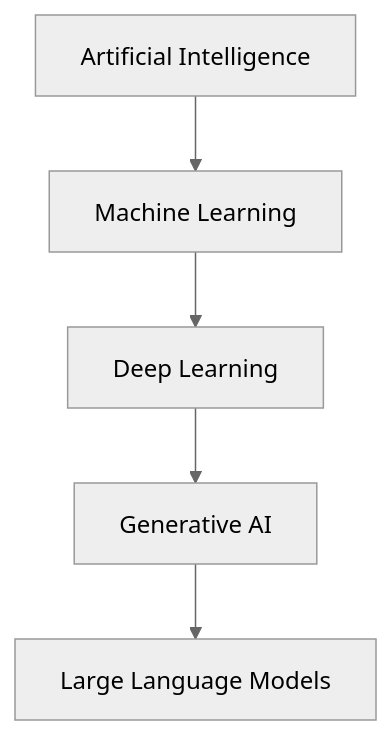
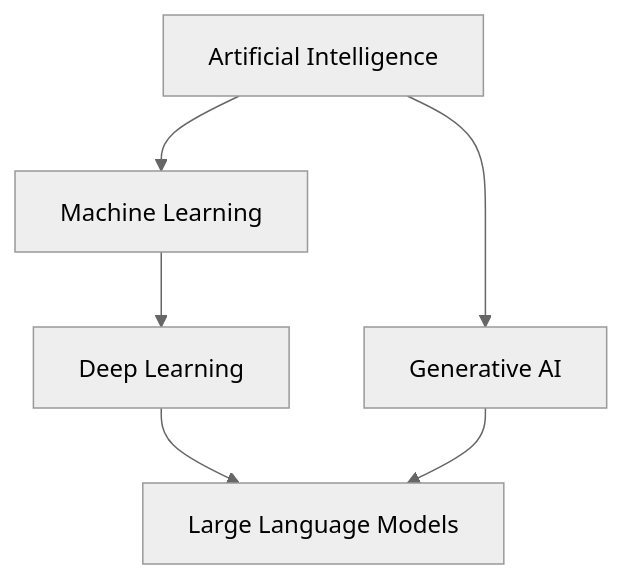
One commit to NirupamDebnath/sre-handbook changed the first of 2 diagrams in docs/ai-for-sre/fundamentals/ai-ml-deep-learning.md. Above: the diagram before and after it, drawn with Mermaid (neutral theme).

Commit message:
Clarify AI taxonomy diagram

````diff
--- a/docs/ai-for-sre/fundamentals/ai-ml-deep-learning.md
+++ b/docs/ai-for-sre/fundamentals/ai-ml-deep-learning.md
@@ -17,11 +17,12 @@
 ```mermaid
 flowchart TD
     AI[Artificial Intelligence]
     ML[Machine Learning]
     DL[Deep Learning]
     GEN[Generative AI]
     LLM[Large Language Models]
     AI --> ML --> DL
-    DL --> GEN
+    AI --> GEN
+    DL --> LLM
     GEN --> LLM
 ```
````
